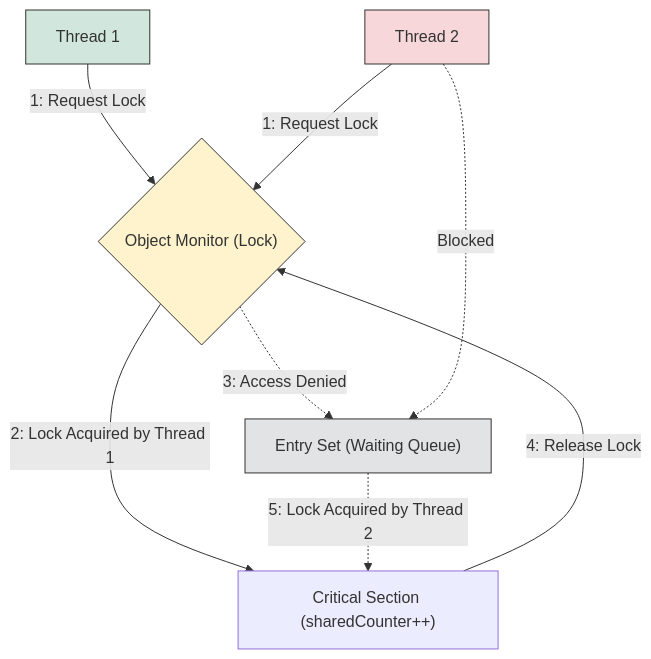
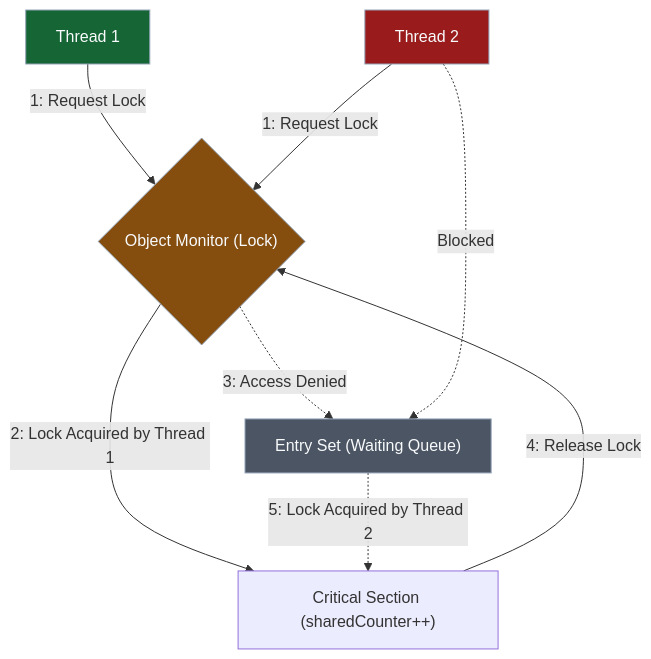
Before and after one commit to Kang-Hyesung/kang-hyesung.github.io: the fourth of 4 diagrams in _posts/java/12-멀티스레드_기본_이론/2026-03-03-프로세스와-스레드.md, drawn with Mermaid. The commit also changed other lines of this file and 74 other files, not shown here.

Commit message:
docs: update post visibility and mermaid colors

````diff
--- a/_posts/java/12-멀티스레드_기본_이론/2026-03-03-프로세스와-스레드.md
+++ b/_posts/java/12-멀티스레드_기본_이론/2026-03-03-프로세스와-스레드.md
@@ -224,16 +224,16 @@
 ```mermaid
 graph TD
     A["Thread 1"] -->|1: Request Lock| B{"Object Monitor (Lock)"}
     C["Thread 2"] -->|1: Request Lock| B
     B -->|2: Lock Acquired by Thread 1| D["Critical Section (sharedCounter++)"]
     B -.->|3: Access Denied| E["Entry Set (Waiting Queue)"]
     C -.->|Blocked| E
     D -->|4: Release Lock| B
     E -.->|5: Lock Acquired by Thread 2| D
 
-    style A fill:#d1e7dd,stroke:#333
-    style C fill:#f8d7da,stroke:#333
-    style B fill:#fff3cd,stroke:#333
-    style E fill:#e2e3e5,stroke:#333
+    style A fill:#166534,stroke:#94a3b8,color:#f8fafc
+    style C fill:#991b1b,stroke:#94a3b8,color:#f8fafc
+    style B fill:#854d0e,stroke:#94a3b8,color:#f8fafc
+    style E fill:#4b5563,stroke:#94a3b8,color:#f8fafc
 
 ```
````
